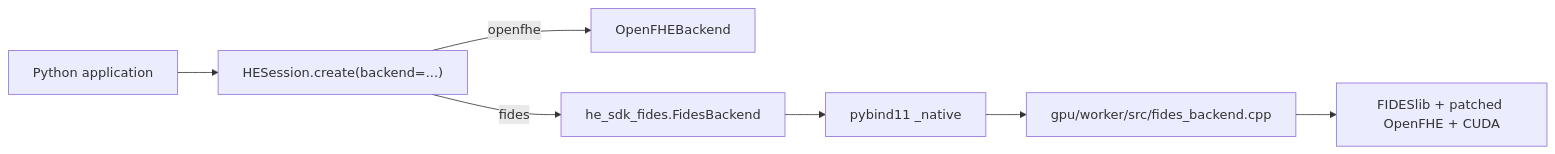
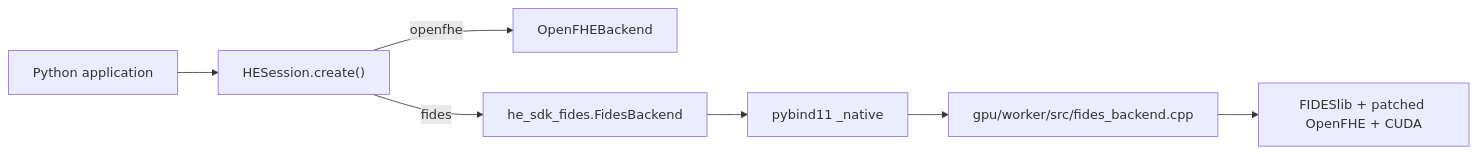
Before and after one commit to Nhatcao1/k3s-demo-app: the diagram in docs/he-sdk-fides.md, drawn with Mermaid. The commit also changed other lines of this file and 17 other files, not shown here.

````diff
--- a/docs/he-sdk-fides.md
+++ b/docs/he-sdk-fides.md
@@ -23,9 +25,9 @@
 ```mermaid
 flowchart LR
-    APP["Python application"] --> SESSION["HESession.create(backend=...)"]
+    APP["Python application"] --> SESSION["HESession.create()"]
     SESSION -->|openfhe| CPU["OpenFHEBackend"]
     SESSION -->|fides| GPU["he_sdk_fides.FidesBackend"]
     GPU --> BINDING["pybind11 _native"]
     BINDING --> CPP["gpu/worker/src/fides_backend.cpp"]
     CPP --> FIDES["FIDESlib + patched OpenFHE + CUDA"]
 ```
````
